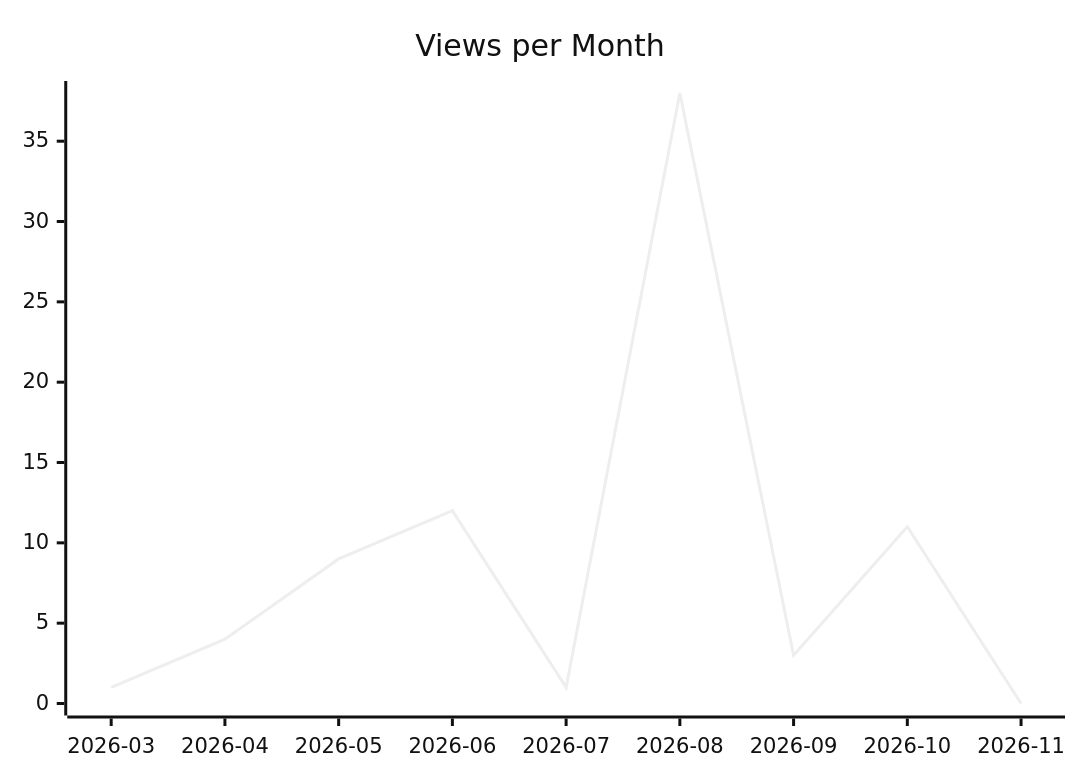
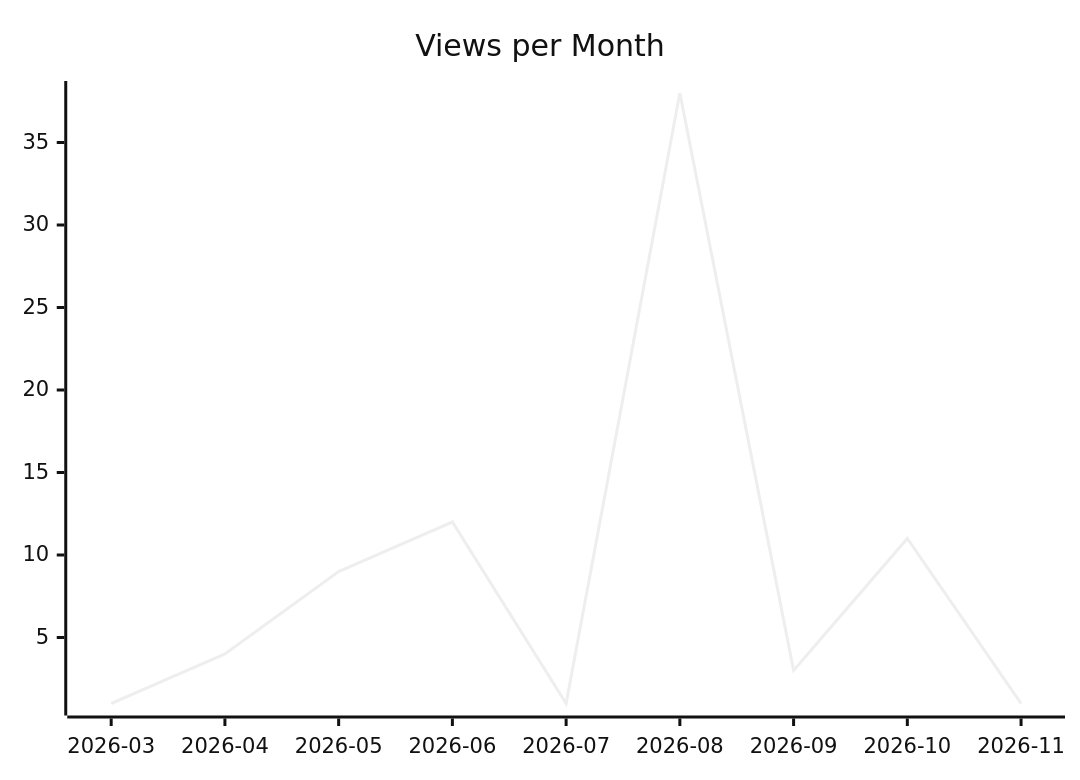
One commit to justdavis-family/github-analytics-data changed the second of 3 diagrams in justdavis-family/justdavis/README.md. Above: the diagram before and after it, drawn with Mermaid (neutral theme). The commit also changed other lines of this file and 188 other files, not shown here.

````diff
--- a/justdavis-family/justdavis/README.md
+++ b/justdavis-family/justdavis/README.md
@@ -12,6 +12,6 @@
 ```mermaid
 xychart-beta
   title "Views per Month"
   x-axis ["2026-03", "2026-04", "2026-05", "2026-06", "2026-07", "2026-08", "2026-09", "2026-10", "2026-11"]
-  line [1, 4, 9, 12, 1, 38, 3, 11, 0]
+  line [1, 4, 9, 12, 1, 38, 3, 11, 1]
 ```
````
